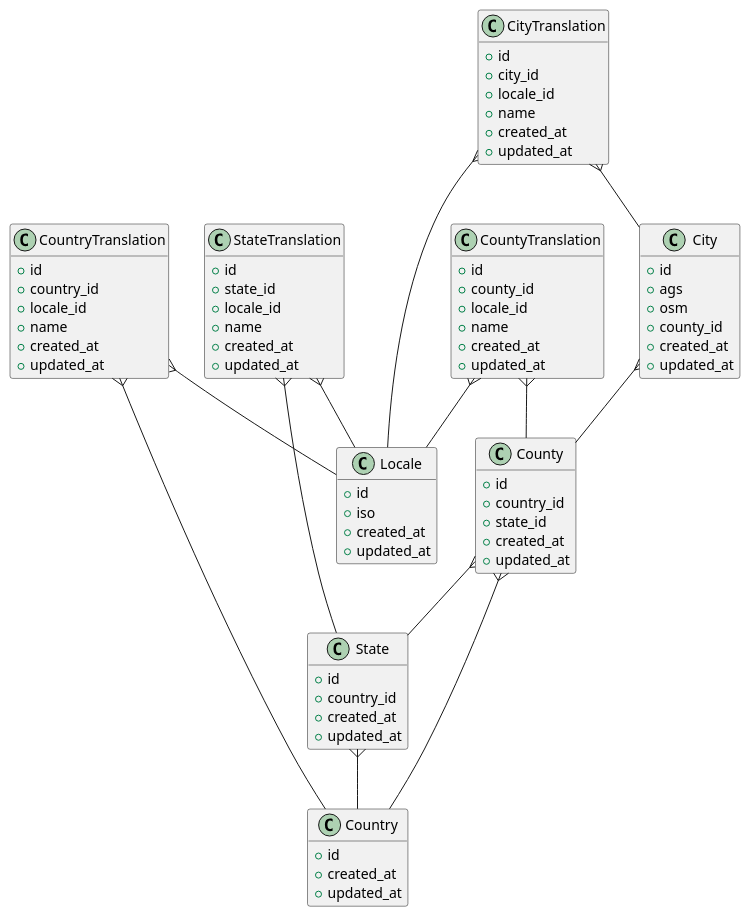
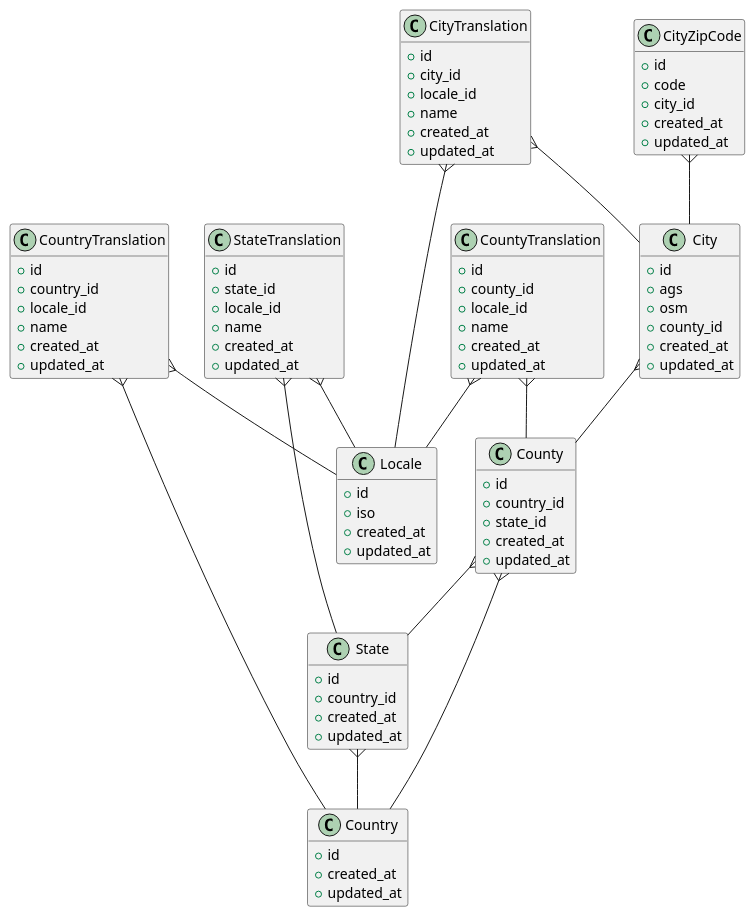
One commit to Corona-vor-Ort/corona-vor-ort-api changed the diagram in docs/db.puml. Above: the diagram before and after it, drawn with PlantUML. The commit also changed 5 other files, not shown here.

First line of the commit message:
Add city zip code entity

```diff
--- a/docs/db.puml
+++ b/docs/db.puml
@@ -1,98 +1,108 @@
 @startuml
 
 hide empty fields
 hide empty methods
 
 class Locale {
     + id
     + iso
     + created_at
     + updated_at
 }
 
 class Country {
     + id
     + created_at
     + updated_at
 }
 
 class CountryTranslation {
     + id
     + country_id
     + locale_id
     + name
     + created_at
     + updated_at
 }
 
 CountryTranslation }-- Country
 CountryTranslation }-- Locale
 
 class State {
     + id
     + country_id
     + created_at
     + updated_at
 }
 
 State }-- Country
 
 class StateTranslation {
     + id
     + state_id
     + locale_id
     + name
     + created_at
     + updated_at
 }
 
 StateTranslation }-- State
 StateTranslation }-- Locale
 
 class County {
     + id
     + country_id
     + state_id
     + created_at
     + updated_at
 }
 
 County }-- Country
 County }-- State
 
 class CountyTranslation {
     + id
     + county_id
     + locale_id
     + name
     + created_at
     + updated_at
 }
 
 CountyTranslation }-- County
 CountyTranslation }-- Locale
 
 class City {
     + id
     + ags
     + osm
     + county_id
     + created_at
     + updated_at
 }
 
 City }-- County
 
 class CityTranslation {
     + id
     + city_id
     + locale_id
     + name
     + created_at
     + updated_at
 }
 
 CityTranslation }-- City
 CityTranslation }-- Locale
 
+class CityZipCode {
+    + id
+    + code
+    + city_id
+    + created_at
+    + updated_at
+}
+
+CityZipCode }-- City
+
 @enduml
```
